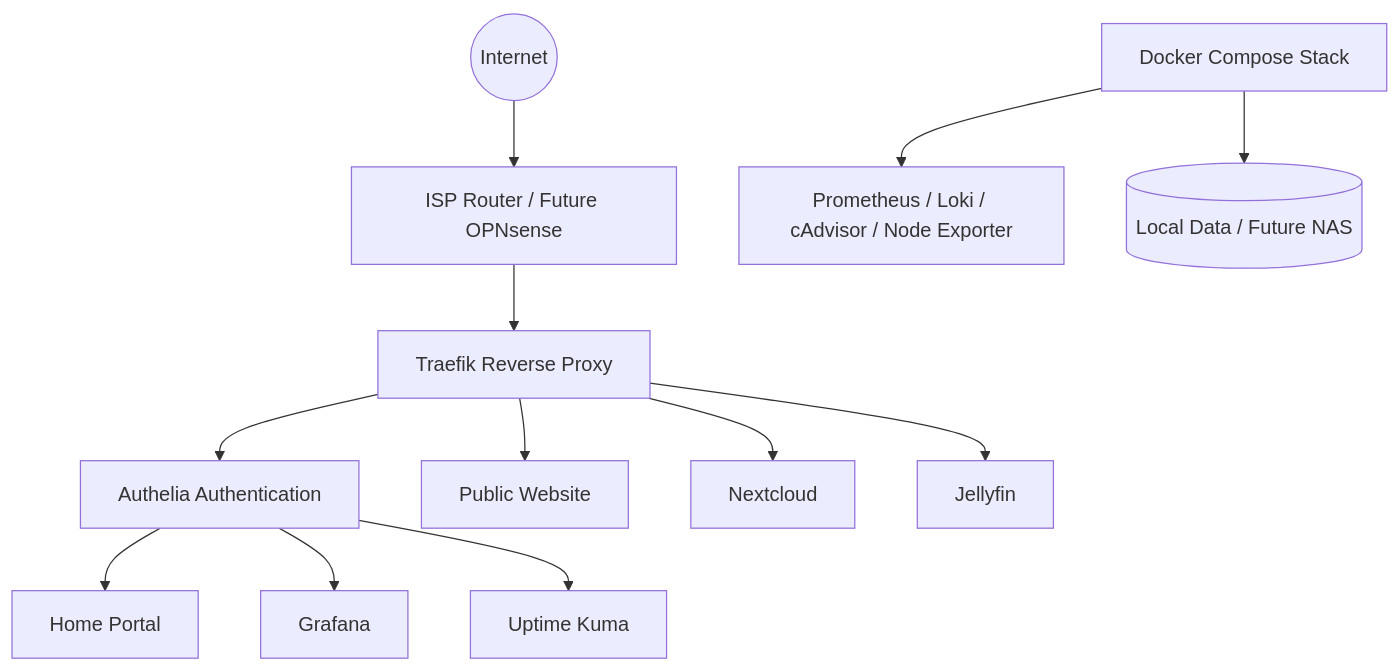
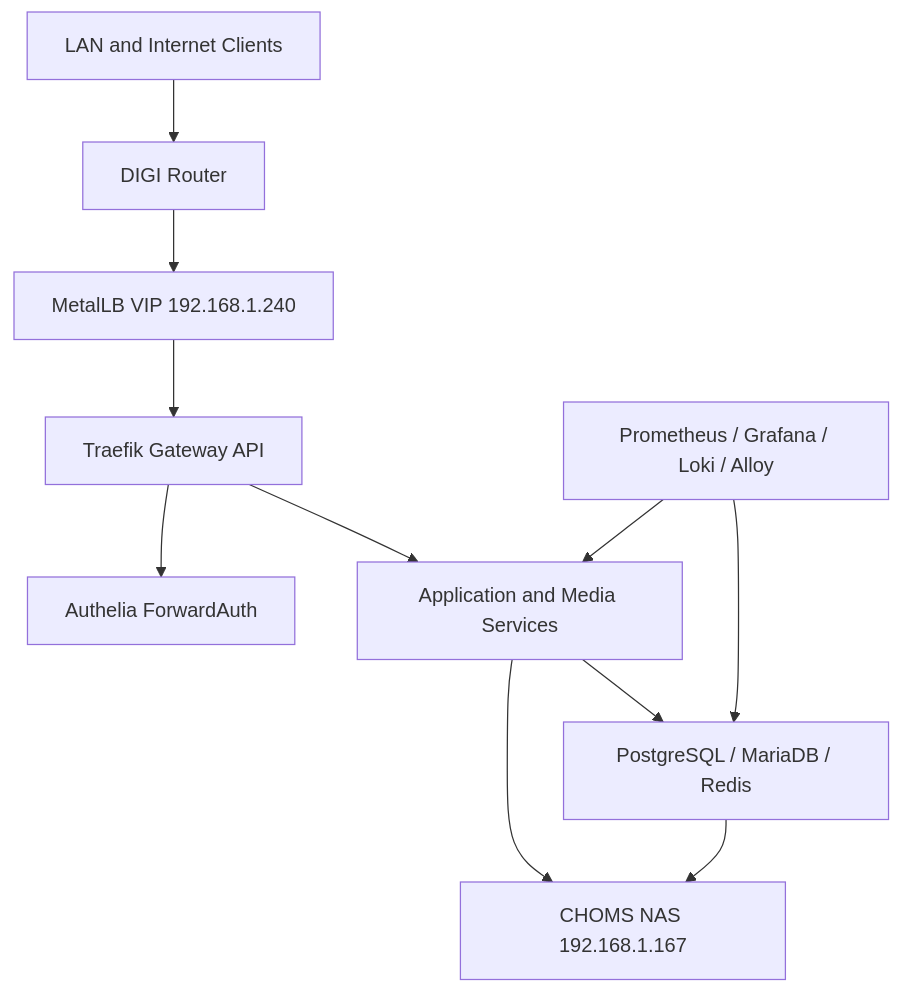
Before and after one commit to ChomsMaster/CHOMS-HOMELAB: the diagram in README.md, drawn with Mermaid. The commit also changed other lines of this file and 2 other files, not shown here.

````diff
--- a/README.md
+++ b/README.md
@@ -56,29 +59,23 @@
 ```mermaid
 flowchart TD
-    Internet((Internet))
-    Router[ISP Router / Future OPNsense]
-    Traefik[Traefik Reverse Proxy]
-    Authelia[Authelia Authentication]
-    Docker[Docker Compose Stack]
+    Clients[LAN and Internet Clients]
+    Router[DIGI Router]
+    VIP[MetalLB VIP 192.168.1.240]
+    Traefik[Traefik Gateway API]
+    Authelia[Authelia ForwardAuth]
+    Apps[Application and Media Services]
+    Data[PostgreSQL / MariaDB / Redis]
+    Observe[Prometheus / Grafana / Loki / Alloy]
+    NAS[CHOMS NAS 192.168.1.167]
 
-    Public[Public Website]
-    Home[Home Portal]
-    Grafana[Grafana]
-    Kuma[Uptime Kuma]
-    Nextcloud[Nextcloud]
-    Jellyfin[Jellyfin]
-    Monitoring[Prometheus / Loki / cAdvisor / Node Exporter]
-    Data[(Local Data / Future NAS)]
-
-    Internet --> Router
-    Router --> Traefik
-    Traefik --> Public
+    Clients --> Router
+    Router --> VIP
+    VIP --> Traefik
     Traefik --> Authelia
-    Authelia --> Home
-    Authelia --> Grafana
-    Authelia --> Kuma
-    Traefik --> Nextcloud
-    Traefik --> Jellyfin
-    Docker --> Monitoring
-    Docker --> Data
+    Traefik --> Apps
+    Apps --> Data
+    Apps --> NAS
+    Data --> NAS
+    Observe --> Apps
+    Observe --> Data
 ```
````
